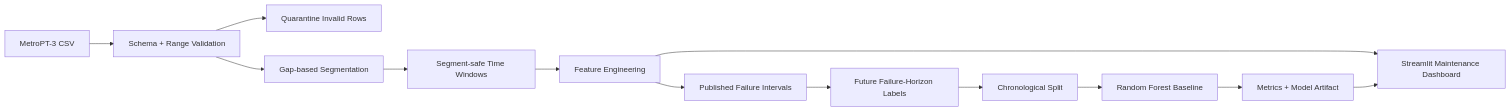
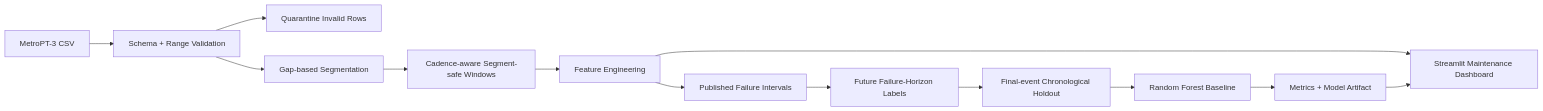
Before and after one commit to SahilBh01r1769/metropt3-predictive-maintenance: the diagram in README.md, drawn with Mermaid. The commit also changed other lines of this file, not shown here.

Commit message:
docs: align setup and cadence notes with verified dataset behavior

````diff
--- a/README.md
+++ b/README.md
@@ -23,15 +24,15 @@
 ```mermaid
 flowchart LR
     A[MetroPT-3 CSV] --> B[Schema + Range Validation]
     B --> C[Quarantine Invalid Rows]
     B --> D[Gap-based Segmentation]
-    D --> E[Segment-safe Time Windows]
+    D --> E[Cadence-aware Segment-safe Windows]
     E --> F[Feature Engineering]
     F --> G[Published Failure Intervals]
     G --> H[Future Failure-Horizon Labels]
-    H --> I[Chronological Split]
+    H --> I[Final-event Chronological Holdout]
     I --> J[Random Forest Baseline]
     J --> K[Metrics + Model Artifact]
     F --> L[Streamlit Maintenance Dashboard]
     K --> L
 ```
````
